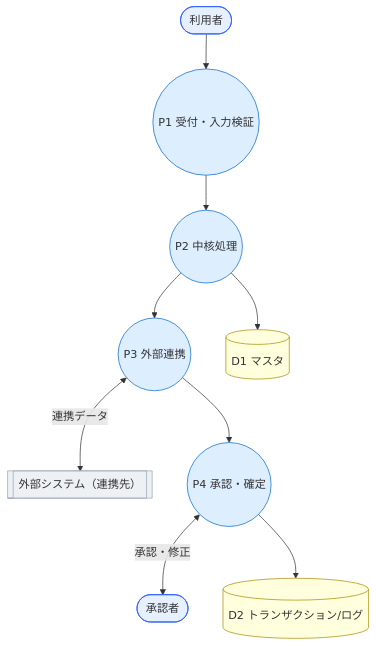
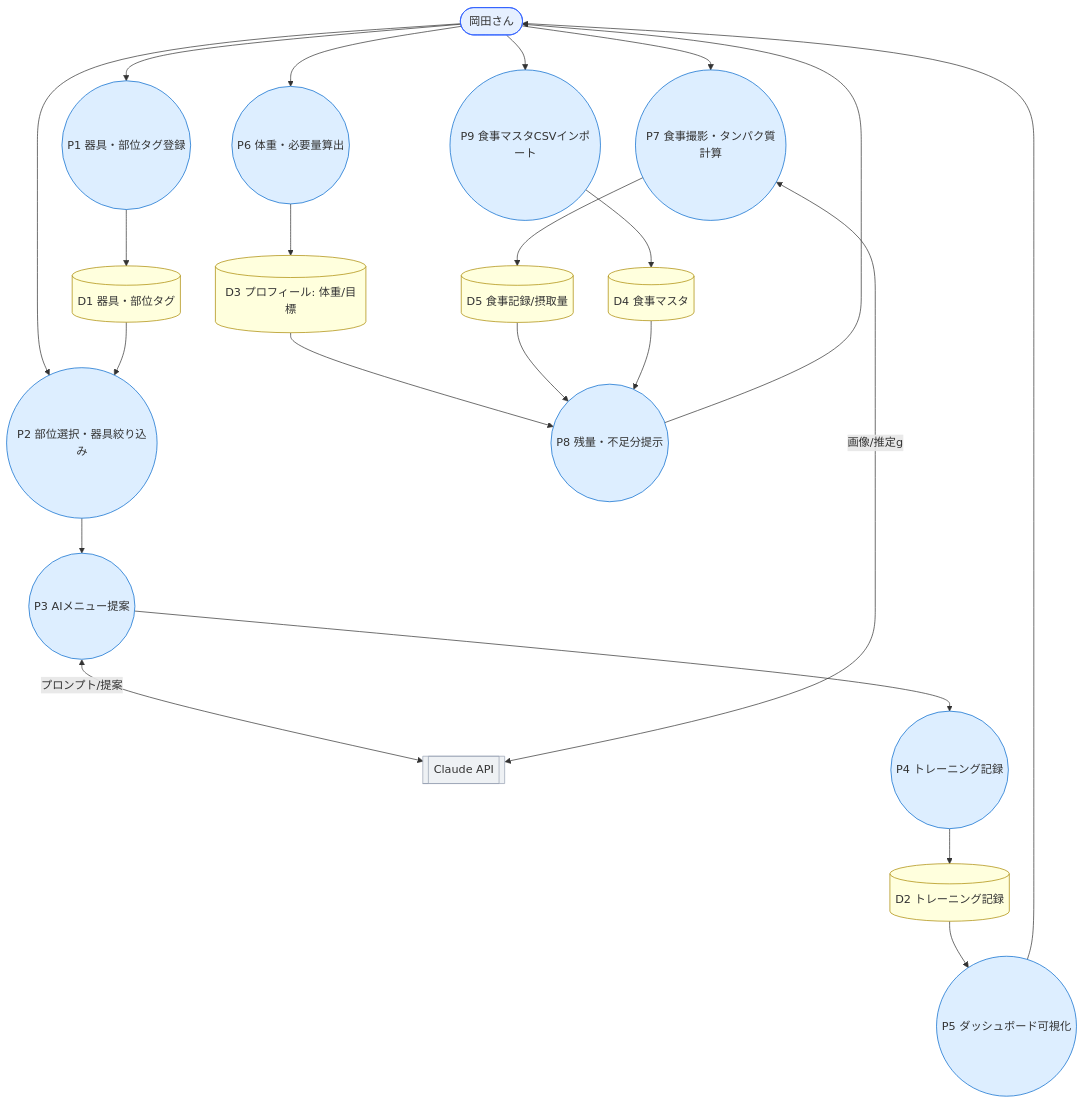
The second of 2 diagrams in docs/02_設計/10_システム基本設計/03_データフロー.md (k-okada51/okada-fit), drawn with Mermaid before and after one commit. The commit also changed other lines of this file and 6 other files, not shown here.

````diff
--- a/docs/02_設計/10_システム基本設計/03_データフロー.md
+++ b/docs/02_設計/10_システム基本設計/03_データフロー.md
@@ -56,28 +50,40 @@
 ```mermaid
 flowchart TB
   classDef biz fill:#e6f0ff,stroke:#2b5cff;
   classDef ext fill:#eef1f4,stroke:#98a2b3;
   classDef proc fill:#def,stroke:#06c;
   classDef ds fill:#ffd,stroke:#a80;
 
-  USER([利用者]):::biz
-  APPROVER([承認者]):::biz
-  EXTSYS[[外部システム（連携先）]]:::ext
+  USER(["岡田さん"]):::biz
+  CLAUDE[["Claude API"]]:::ext
 
-  P1((P1 受付・入力検証)):::proc
-  P2((P2 中核処理)):::proc
-  P3((P3 外部連携)):::proc
-  P4((P4 承認・確定)):::proc
+  P1((P1 器具・部位タグ登録)):::proc
+  P2((P2 部位選択・器具絞り込み)):::proc
+  P3((P3 AIメニュー提案)):::proc
+  P4((P4 トレーニング記録)):::proc
+  P5((P5 ダッシュボード可視化)):::proc
+  P6((P6 体重・必要量算出)):::proc
+  P7((P7 食事撮影・タンパク質計算)):::proc
+  P8((P8 残量・不足分提示)):::proc
+  P9((P9 食事マスタCSVインポート)):::proc
 
-  D1[(D1 マスタ)]:::ds
-  D2[(D2 トランザクション/ログ)]:::ds
+  D1[(D1 器具・部位タグ)]:::ds
+  D2[(D2 トレーニング記録)]:::ds
+  D3[(D3 プロフィール: 体重/目標)]:::ds
+  D4[(D4 食事マスタ)]:::ds
+  D5[(D5 食事記録/摂取量)]:::ds
 
-  %% ここに記載（プロセス間・ストアとのフローと業務データを追記）
-  USER --> P1 --> P2
-  P2 --> D1
-  P2 --> P3
-  P3 <-->|連携データ| EXTSYS
-  P3 --> P4
-  P4 <-->|承認・修正| APPROVER
-  P4 --> D2
+  USER --> P1 --> D1
+  USER --> P2
+  D1 --> P2 --> P3
+  P3 <-->|プロンプト/提案| CLAUDE
+  P3 --> P4 --> D2 --> P5 --> USER
+  USER --> P6 --> D3
+  USER --> P7
+  P7 <-->|画像/推定g| CLAUDE
+  P7 --> D5
+  D3 --> P8
+  D5 --> P8
+  D4 --> P8 --> USER
+  USER --> P9 --> D4
 ```
````
